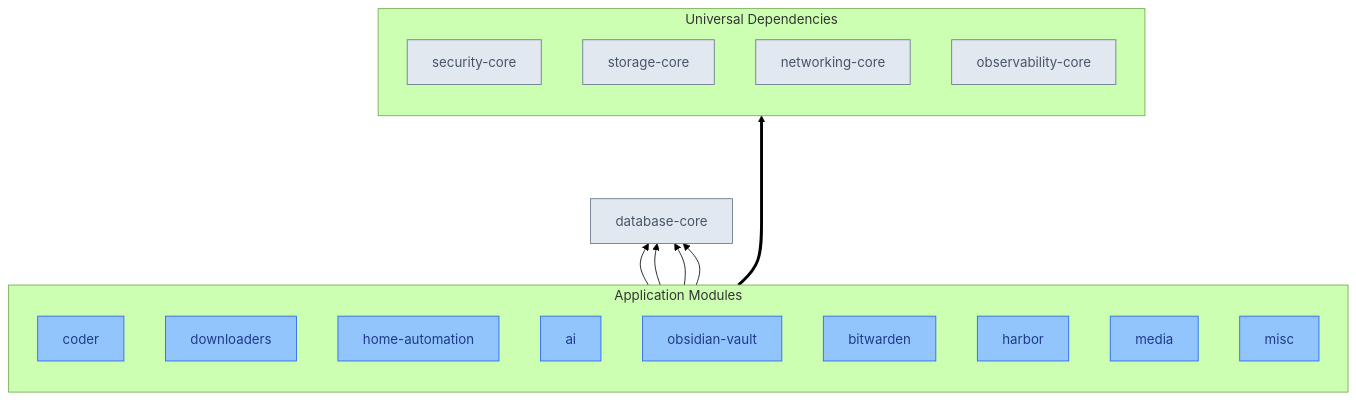
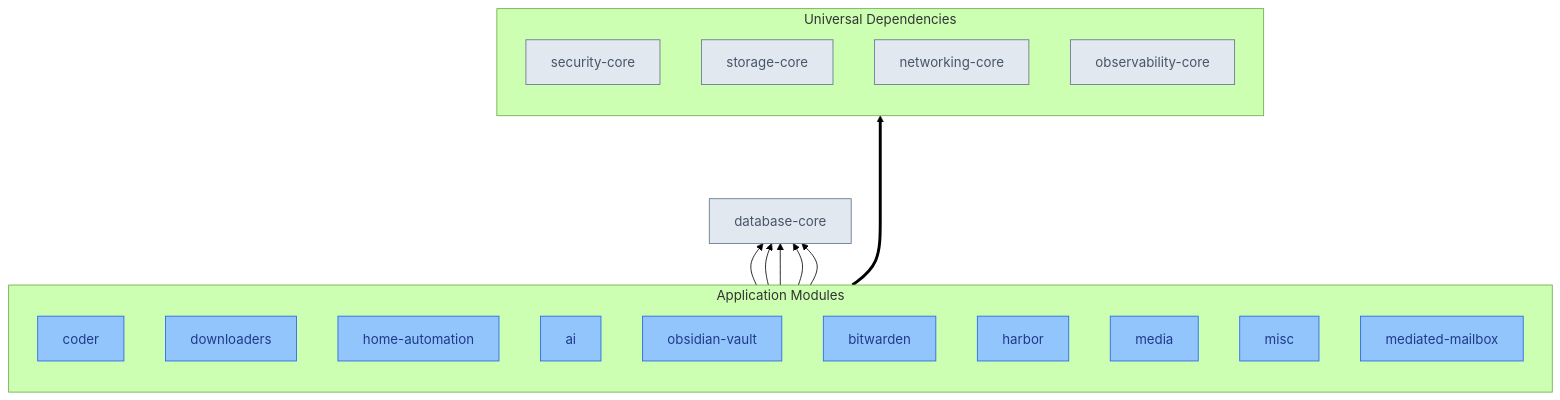
Before and after one commit to ppat/homelab-ops-kubernetes-apps: the diagram in apps/README.md, drawn with Mermaid (forest theme). The commit also changed other lines of this file and 20 other files, not shown here.

````diff
--- a/apps/README.md
+++ b/apps/README.md
@@ -22,46 +23,48 @@
 ```mermaid
 flowchart BT
     %% Color scheme - infrastructure less prominent than apps
     classDef infra fill:#e2e8f0,stroke:#64748b,color:#475569
     classDef apps fill:#93c5fd,stroke:#2563eb,color:#1e3a8a
     classDef universal fill:none,stroke:#64748b
     classDef appbox fill:none,stroke:#2563eb
     classDef invisible fill:none,stroke:none
 
     %% Universal Infrastructure Layer
     subgraph UniversalDeps["Universal Dependencies"]
         direction TB
         security[security-core]:::infra
         storage[storage-core]:::infra
         networking[networking-core]:::infra
         observability[observability-core]:::infra
     end
     class UniversalDeps universal
 
     %% Database (specific dependency)
     database[database-core]:::infra
 
     %% Apps Layer with visible border
     subgraph Apps["Application Modules"]
         direction TB
         coder[coder]:::apps
         downloaders[downloaders]:::apps
         home-automation[home-automation]:::apps
         ai[ai]:::apps
         obsidian-vault[obsidian-vault]:::apps
         bitwarden[bitwarden]:::apps
         harbor[harbor]:::apps
         media[media]:::apps
         misc[misc]:::apps
+        mediated-mailbox[mediated-mailbox]:::apps
     end
     class Apps appbox
 
     %% Universal Dependencies (every app) with thicker arrow from connection point
     Apps ====> UniversalDeps
 
     %% Specific Database Dependencies
     coder --> database
     downloaders --> database
     home-automation --> database
     ai --> database
+    mediated-mailbox --> database
 ```
````
